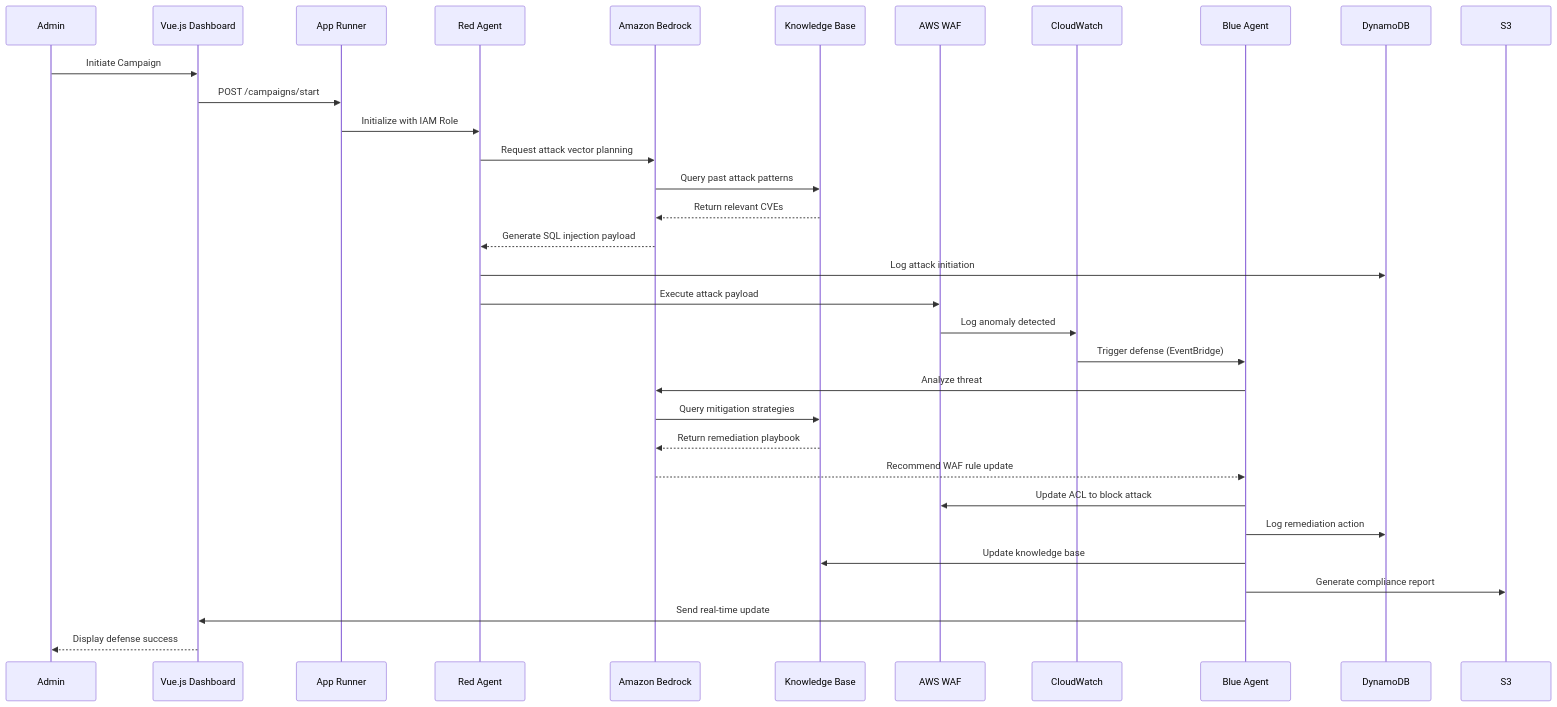
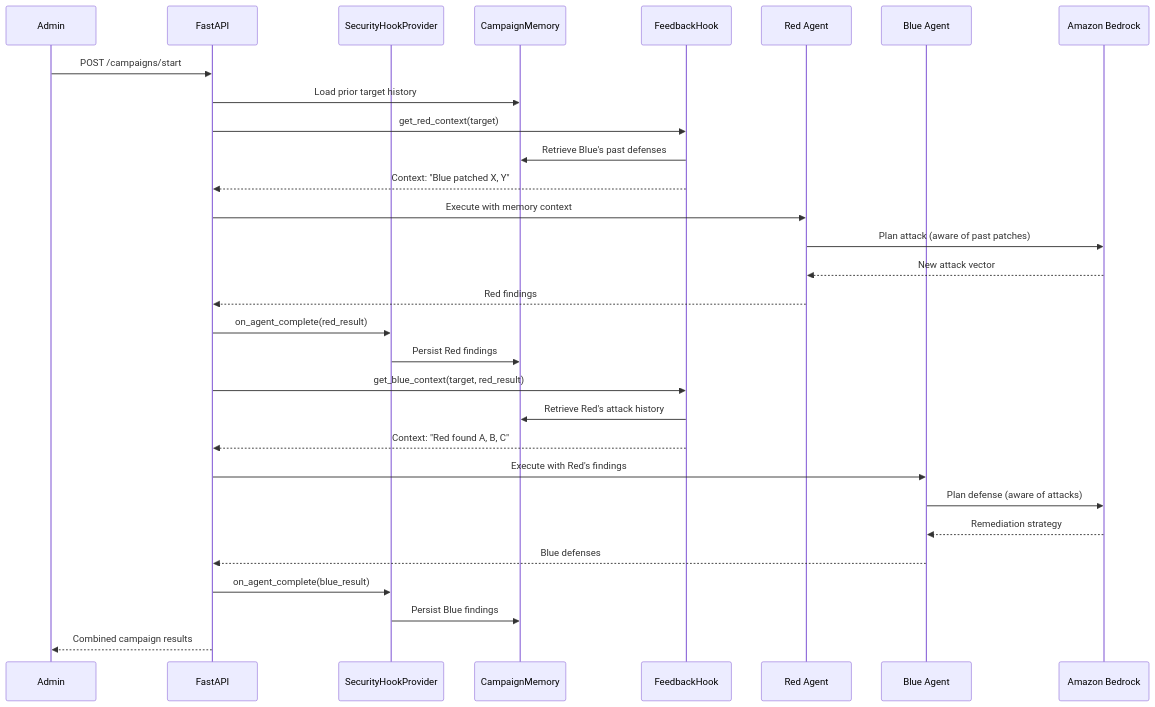
One commit to JoshiAbhishek866/Sentinal-AI changed the second of 4 diagrams in design.md. Above: the diagram before and after it, drawn with Mermaid. The commit also changed other lines of this file and 337 other files, not shown here.

````diff
--- a/design.md
+++ b/design.md
@@ -443,36 +96,36 @@
 ```mermaid
 sequenceDiagram
     participant Admin
-    participant UI as Vue.js Dashboard
-    participant AppRunner as App Runner
-    participant RedAgent as Red Agent
+    participant API as FastAPI
+    participant Hooks as SecurityHookProvider
+    participant Memory as CampaignMemory
+    participant FBHook as FeedbackHook
+    participant Red as Red Agent
+    participant Blue as Blue Agent
     participant Bedrock as Amazon Bedrock
-    participant KB as Knowledge Base
-    participant WAF as AWS WAF
-    participant CW as CloudWatch
-    participant BlueAgent as Blue Agent
-    participant DDB as DynamoDB
-    participant S3 as S3
-
-    Admin->>UI: Initiate Campaign
-    UI->>AppRunner: POST /campaigns/start
-    AppRunner->>RedAgent: Initialize with IAM Role
-    RedAgent->>Bedrock: Request attack vector planning
-    Bedrock->>KB: Query past attack patterns
-    KB-->>Bedrock: Return relevant CVEs
-    Bedrock-->>RedAgent: Generate SQL injection payload
-    RedAgent->>DDB: Log attack initiation
-    RedAgent->>WAF: Execute attack payload
-    WAF->>CW: Log anomaly detected
-    CW->>BlueAgent: Trigger defense (EventBridge)
-    BlueAgent->>Bedrock: Analyze threat
-    Bedrock->>KB: Query mitigation strategies
-    KB-->>Bedrock: Return remediation playbook
-    Bedrock-->>BlueAgent: Recommend WAF rule update
-    BlueAgent->>WAF: Update ACL to block attack
-    BlueAgent->>DDB: Log remediation action
-    BlueAgent->>KB: Update knowledge base
-    BlueAgent->>S3: Generate compliance report
-    BlueAgent->>UI: Send real-time update
-    UI-->>Admin: Display defense success
+    
+    Admin->>API: POST /campaigns/start
+    API->>Memory: Load prior target history
+    API->>FBHook: get_red_context(target)
+    FBHook->>Memory: Retrieve Blue's past defenses
+    FBHook-->>API: Context: "Blue patched X, Y"
+    API->>Red: Execute with memory context
+    Red->>Bedrock: Plan attack (aware of past patches)
+    Bedrock-->>Red: New attack vector
+    Red-->>API: Red findings
+    
+    API->>Hooks: on_agent_complete(red_result)
+    Hooks->>Memory: Persist Red findings
+    
+    API->>FBHook: get_blue_context(target, red_result)
+    FBHook->>Memory: Retrieve Red's attack history
+    FBHook-->>API: Context: "Red found A, B, C"
+    API->>Blue: Execute with Red's findings
+    Blue->>Bedrock: Plan defense (aware of attacks)
+    Bedrock-->>Blue: Remediation strategy
+    Blue-->>API: Blue defenses
+    
+    API->>Hooks: on_agent_complete(blue_result)
+    Hooks->>Memory: Persist Blue findings
+    API-->>Admin: Combined campaign results
 ```
````
